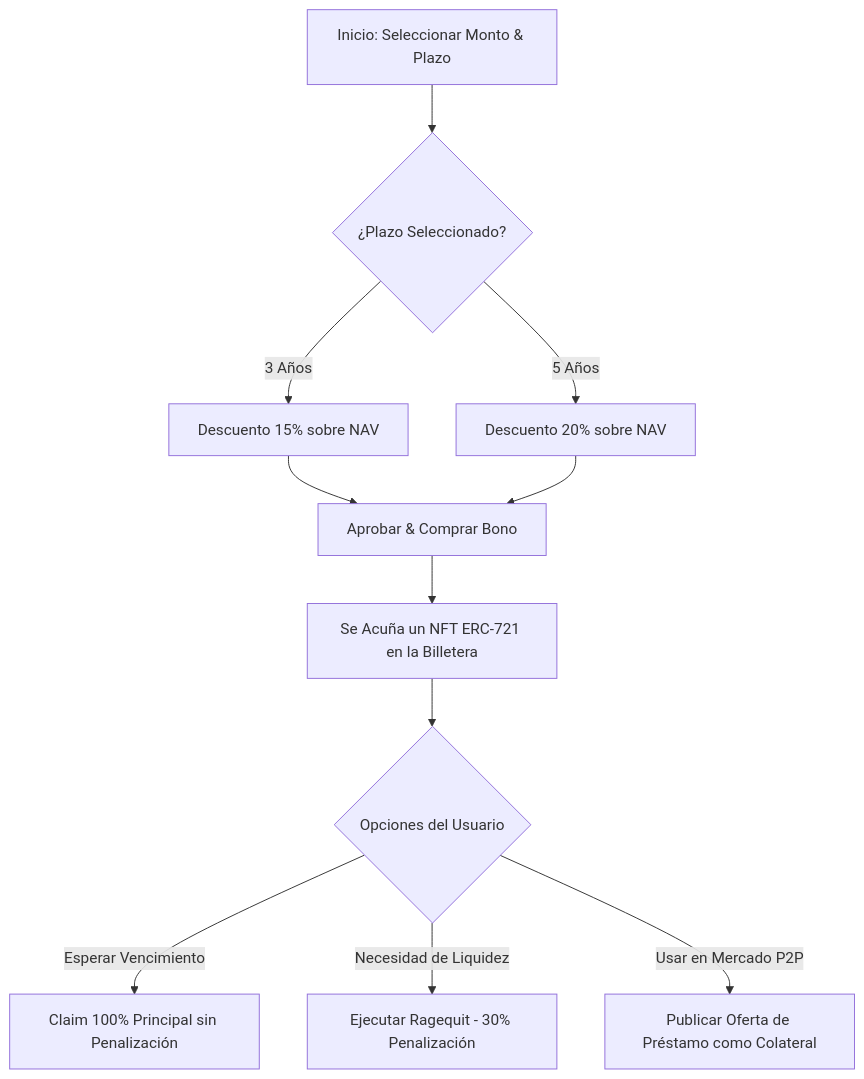
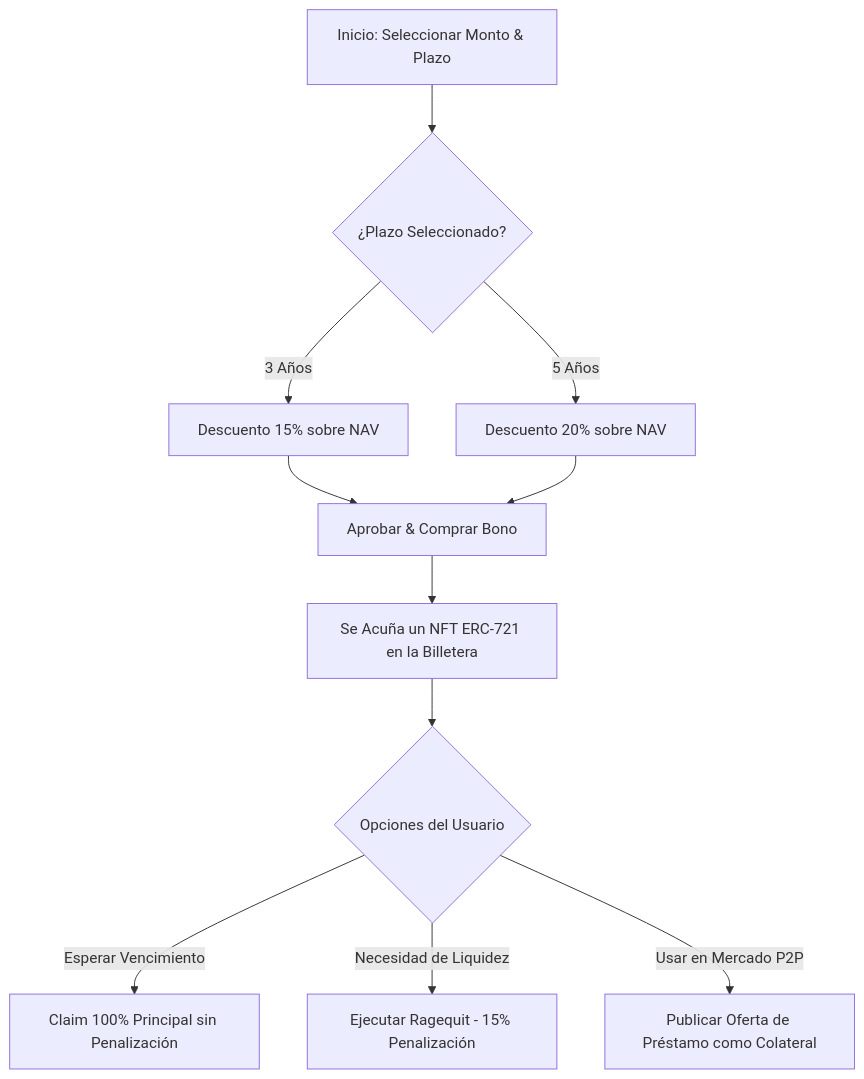
One commit to JaviMartin92/token changed the second of 3 diagrams in docs/USER_GUIDE.md. Above: the diagram before and after it, drawn with Mermaid. The commit also changed 2 other files, not shown here.

Commit message:
docs: resolve external audit discrepancies (standardize 15% ragequit penalty and 1-5 years lock durations)

````diff
--- a/docs/USER_GUIDE.md
+++ b/docs/USER_GUIDE.md
@@ -52,13 +52,13 @@
 ```mermaid
 flowchart TD
     A[Inicio: Seleccionar Monto & Plazo] --> B{¿Plazo Seleccionado?}
     B -->|3 Años| C[Descuento 15% sobre NAV]
     B -->|5 Años| D[Descuento 20% sobre NAV]
     C --> E[Aprobar & Comprar Bono]
     D --> E
     E --> F[Se Acuña un NFT ERC-721 en la Billetera]
     F --> G{Opciones del Usuario}
     G -->|Esperar Vencimiento| H[Claim 100% Principal sin Penalización]
-    G -->|Necesidad de Liquidez| I[Ejecutar Ragequit - 30% Penalización]
+    G -->|Necesidad de Liquidez| I[Ejecutar Ragequit - 15% Penalización]
     G -->|Usar en Mercado P2P| J[Publicar Oferta de Préstamo como Colateral]
 ```
````
